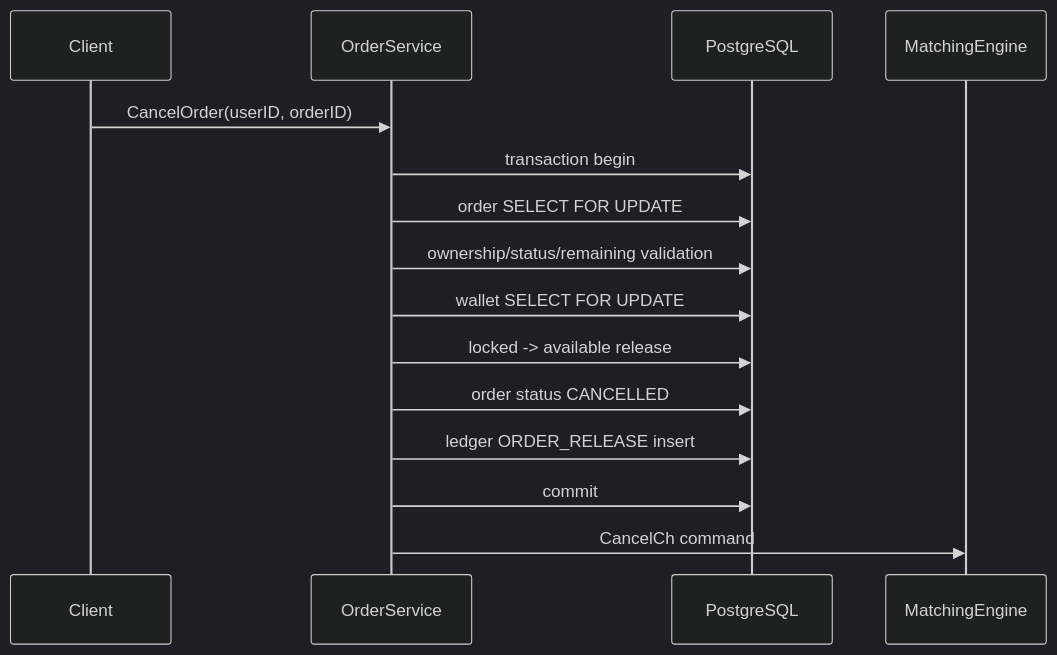
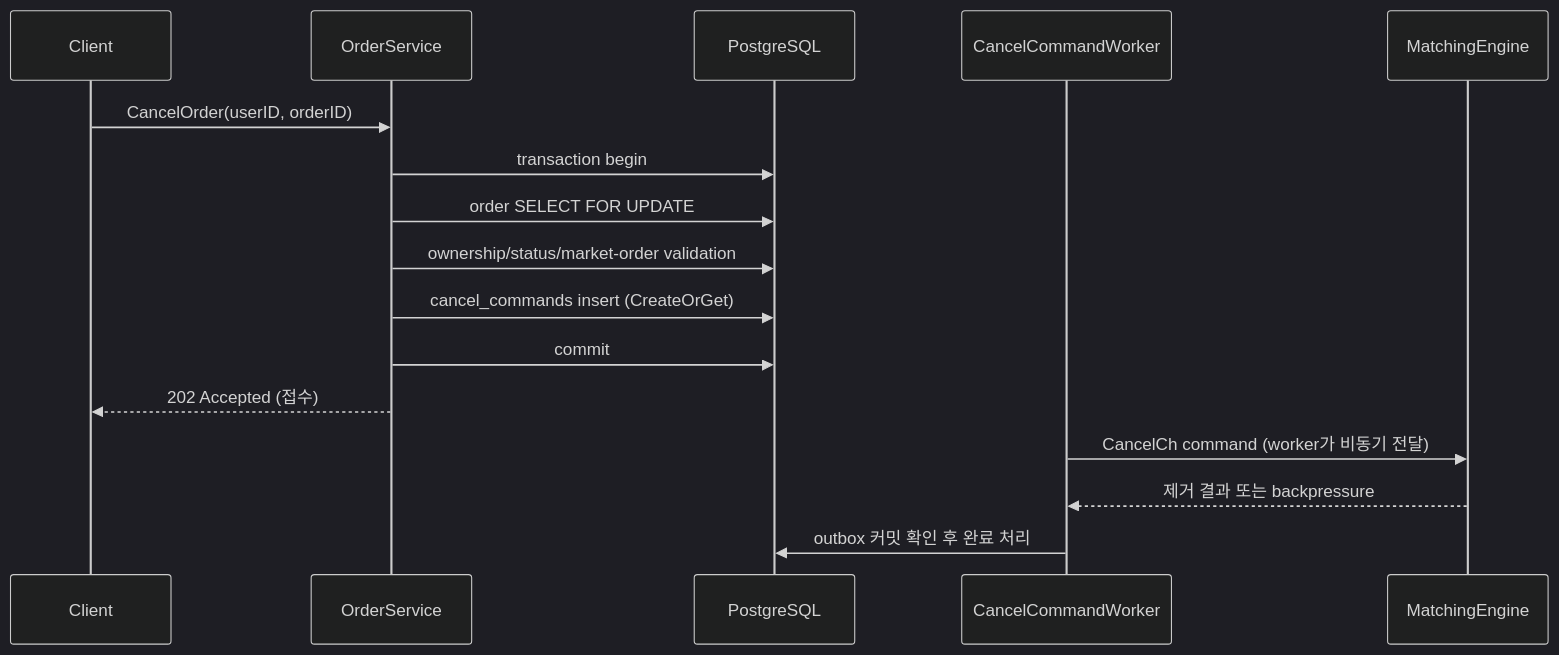
One commit to Go-Exchange-Project/Go-exchange-back changed the fourth of 4 diagrams in docs/ARCHITECTURE.md. Above: the diagram before and after it, drawn with Mermaid (dark theme). The commit also changed other lines of this file and 4 other files, not shown here.

````diff
--- a/docs/ARCHITECTURE.md
+++ b/docs/ARCHITECTURE.md
@@ -133,18 +148,19 @@
 ```mermaid
 sequenceDiagram
     participant C as Client
     participant S as OrderService
     participant DB as PostgreSQL
+    participant W as CancelCommandWorker
     participant ME as MatchingEngine
 
     C->>S: CancelOrder(userID, orderID)
     S->>DB: transaction begin
     S->>DB: order SELECT FOR UPDATE
-    S->>DB: ownership/status/remaining validation
-    S->>DB: wallet SELECT FOR UPDATE
-    S->>DB: locked -> available release
-    S->>DB: order status CANCELLED
-    S->>DB: ledger ORDER_RELEASE insert
+    S->>DB: ownership/status/market-order validation
+    S->>DB: cancel_commands insert (CreateOrGet)
     S->>DB: commit
-    S->>ME: CancelCh command
+    S-->>C: 202 Accepted (접수)
+    W->>ME: CancelCh command (worker가 비동기 전달)
+    ME-->>W: 제거 결과 또는 backpressure
+    W->>DB: outbox 커밋 확인 후 완료 처리
 ```
````
